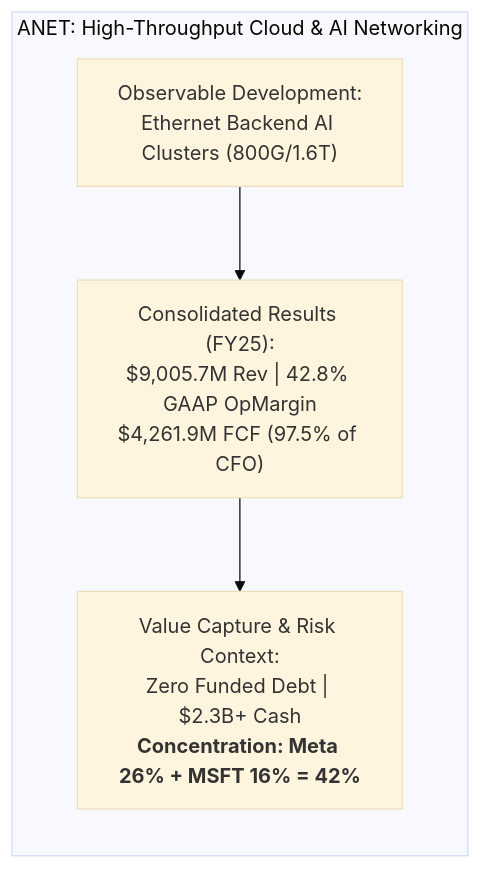
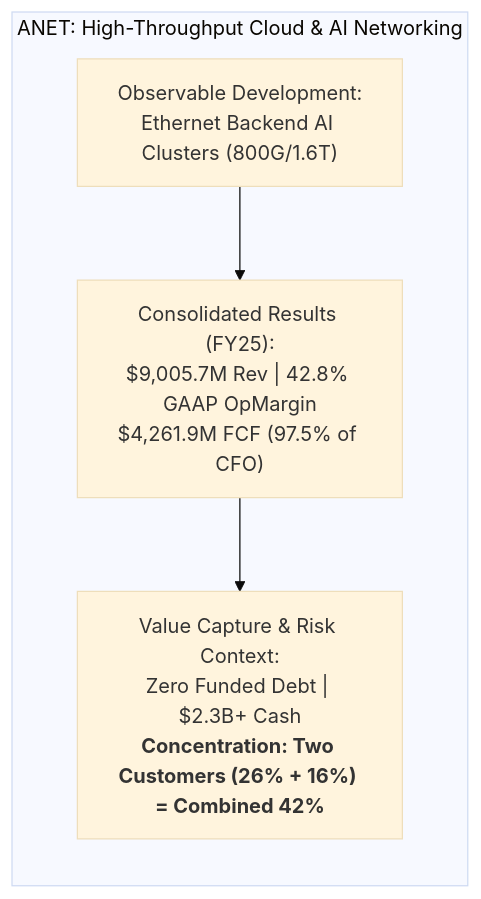
Before and after one commit to daakara/finance: the first of 3 diagrams in docs/research/evidence_led_discovery/DISCOVERY_OPPORTUNITY_RECORDS.md, drawn with Mermaid (base theme). The commit also changed other lines of this file and 4 other files, not shown here.

````diff
--- a/docs/research/evidence_led_discovery/DISCOVERY_OPPORTUNITY_RECORDS.md
+++ b/docs/research/evidence_led_discovery/DISCOVERY_OPPORTUNITY_RECORDS.md
@@ -31,9 +31,9 @@
 ```mermaid
 flowchart LR
     subgraph ANET_Profile["ANET: High-Throughput Cloud & AI Networking"]
         Dev["Observable Development:<br/>Ethernet Backend AI Clusters (800G/1.6T)"]
         Econ["Consolidated Results (FY25):<br/>$9,005.7M Rev | 42.8% GAAP OpMargin<br/>$4,261.9M FCF (97.5% of CFO)"]
-        Cap["Value Capture & Risk Context:<br/>Zero Funded Debt | $2.3B+ Cash<br/><b>Concentration: Meta 26% + MSFT 16% = 42%</b>"]
+        Cap["Value Capture & Risk Context:<br/>Zero Funded Debt | $2.3B+ Cash<br/><b>Concentration: Two Customers (26% + 16%) = Combined 42%</b>"]
     end
     Dev --> Econ --> Cap
 ```
````
